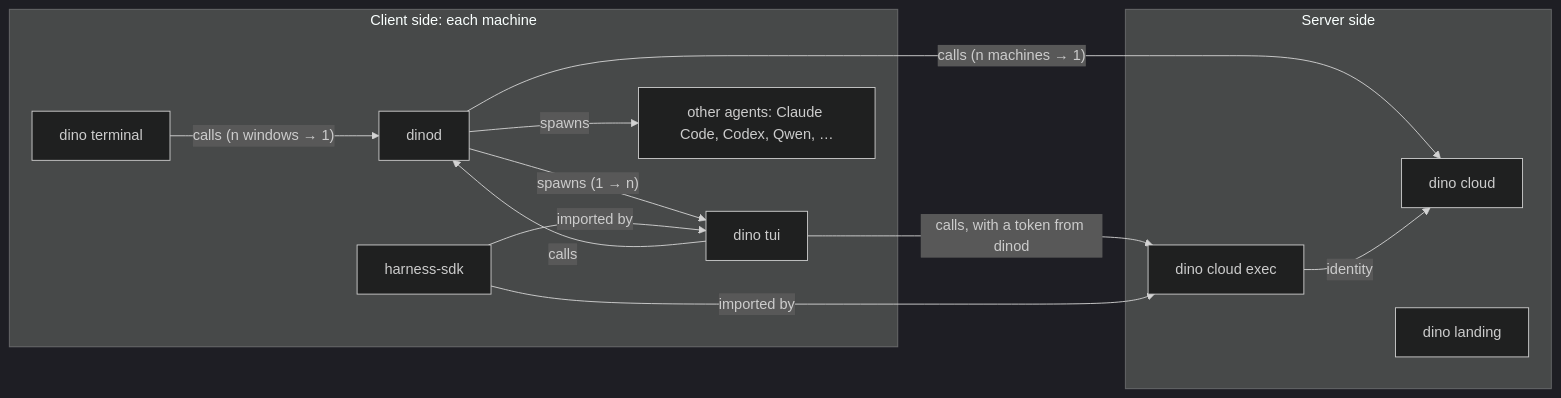
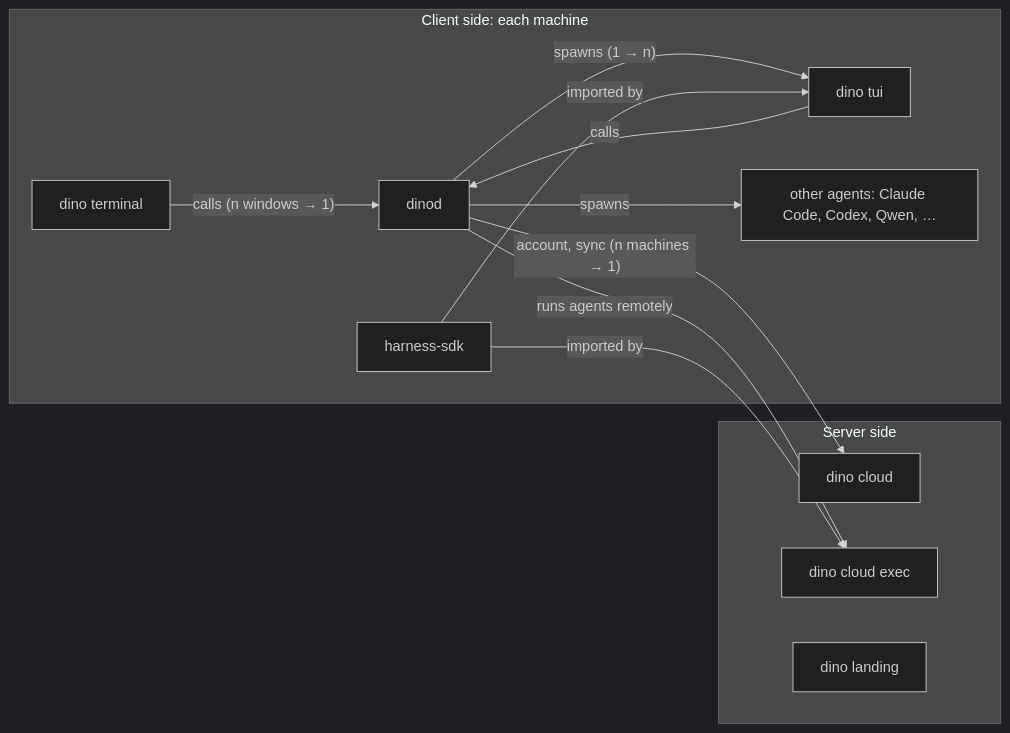
The diagram in ARCHITECTURE.md (eddyflores100-lang/dino), drawn with Mermaid (dark theme) before and after one commit. The commit also changed other lines of this file, not shown here.

Commit message:
ARCHITECTURE.md: cloud execution is remote microVMs reached through dinod

````diff
--- a/ARCHITECTURE.md
+++ b/ARCHITECTURE.md
@@ -35,19 +35,18 @@
 ```mermaid
 flowchart LR
   subgraph client [Client side: each machine]
     T["dino terminal"] -- "calls (n windows → 1)" --> D["dinod"]
     D -- "spawns (1 → n)" --> U["dino tui"]
     U -- "calls" --> D
     D -- "spawns" --> A["other agents: Claude Code, Codex, Qwen, …"]
     H["harness-sdk"] -- "imported by" --> U
   end
   subgraph server [Server side]
     C["dino cloud"]
     X["dino cloud exec"]
     L["dino landing"]
   end
-  D -- "calls (n machines → 1)" --> C
-  U -- "calls, with a token from dinod" --> X
+  D -- "account, sync (n machines → 1)" --> C
+  D -- "runs agents remotely" --> X
   H -- "imported by" --> X
-  X -- "identity" --> C
 ```
````
